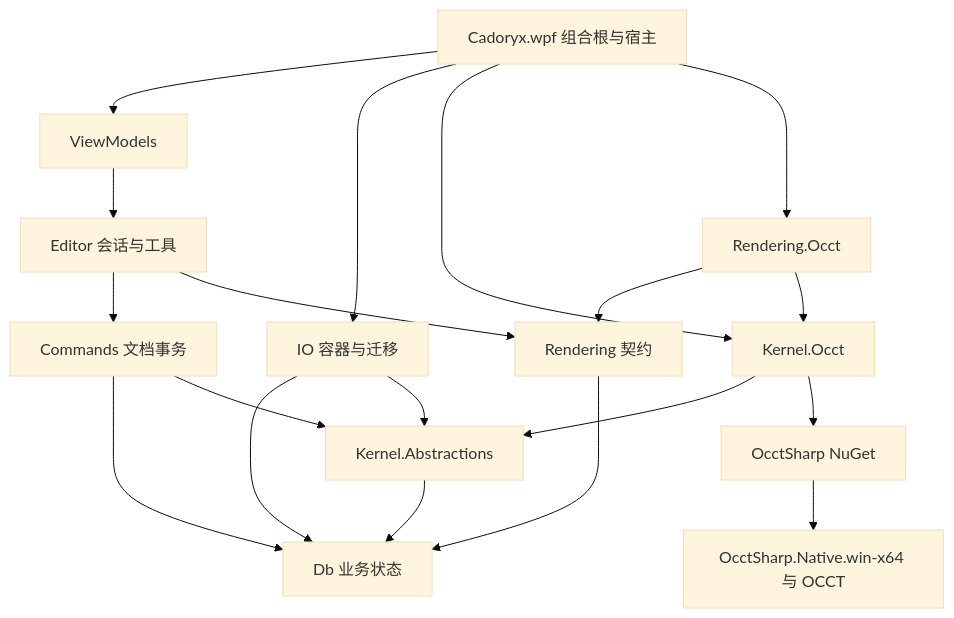
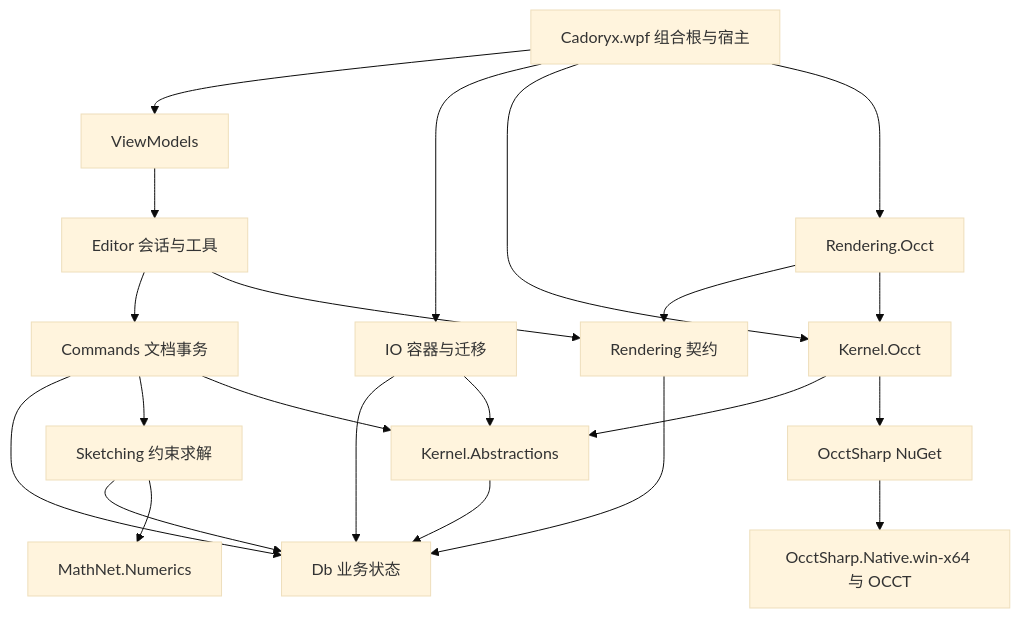
The diagram in docs/ARCHITECTURE.md (yoi102/Cadoryx), drawn with Mermaid (base theme) before and after one commit. The commit also changed other lines of this file and 118 other files, not shown here.

````diff
--- a/docs/ARCHITECTURE.md
+++ b/docs/ARCHITECTURE.md
@@ -56,21 +59,24 @@
 ```mermaid
 flowchart TD
     WPF[Cadoryx.wpf 组合根与宿主] --> VM[ViewModels]
     VM --> E[Editor 会话与工具]
     E --> C[Commands 文档事务]
     E --> R[Rendering 契约]
     C --> D[Db 业务状态]
+    C --> S[Sketching 约束求解]
+    S --> D
+    S --> M[MathNet.Numerics]
     C --> K[Kernel.Abstractions]
     K --> D
     R --> D
     WPF --> IO[IO 容器与迁移]
     IO --> D
     IO --> K
     WPF --> KO[Kernel.Occt]
     WPF --> RO[Rendering.Occt]
     RO --> R
     RO --> KO
     KO --> K
     KO --> O[OcctSharp NuGet]
     O --> N[OcctSharp.Native.win-x64 与 OCCT]
 ```
````
